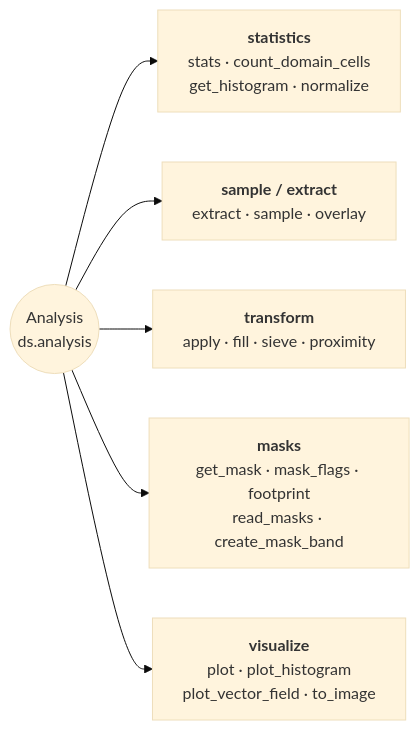
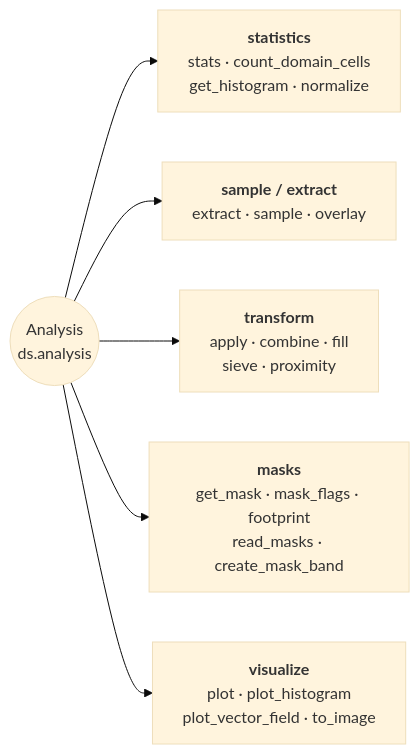
The diagram in docs/reference/dataset/analysis.md (serapeum-org/pyramids), drawn with Mermaid (base theme) before and after one commit. The commit also changed other lines of this file and 16 other files, not shown here.

````diff
--- a/docs/reference/dataset/analysis.md
+++ b/docs/reference/dataset/analysis.md
@@ -5,9 +5,9 @@
 ```mermaid
 flowchart LR
     AN(("Analysis<br/>ds.analysis"))
     AN --> S["<b>statistics</b><br/>stats · count_domain_cells<br/>get_histogram · normalize"]
     AN --> E["<b>sample / extract</b><br/>extract · sample · overlay"]
-    AN --> T["<b>transform</b><br/>apply · fill · sieve · proximity"]
+    AN --> T["<b>transform</b><br/>apply · combine · fill<br/>sieve · proximity"]
     AN --> M["<b>masks</b><br/>get_mask · mask_flags · footprint<br/>read_masks · create_mask_band"]
     AN --> V["<b>visualize</b><br/>plot · plot_histogram<br/>plot_vector_field · to_image"]
 ```
````
